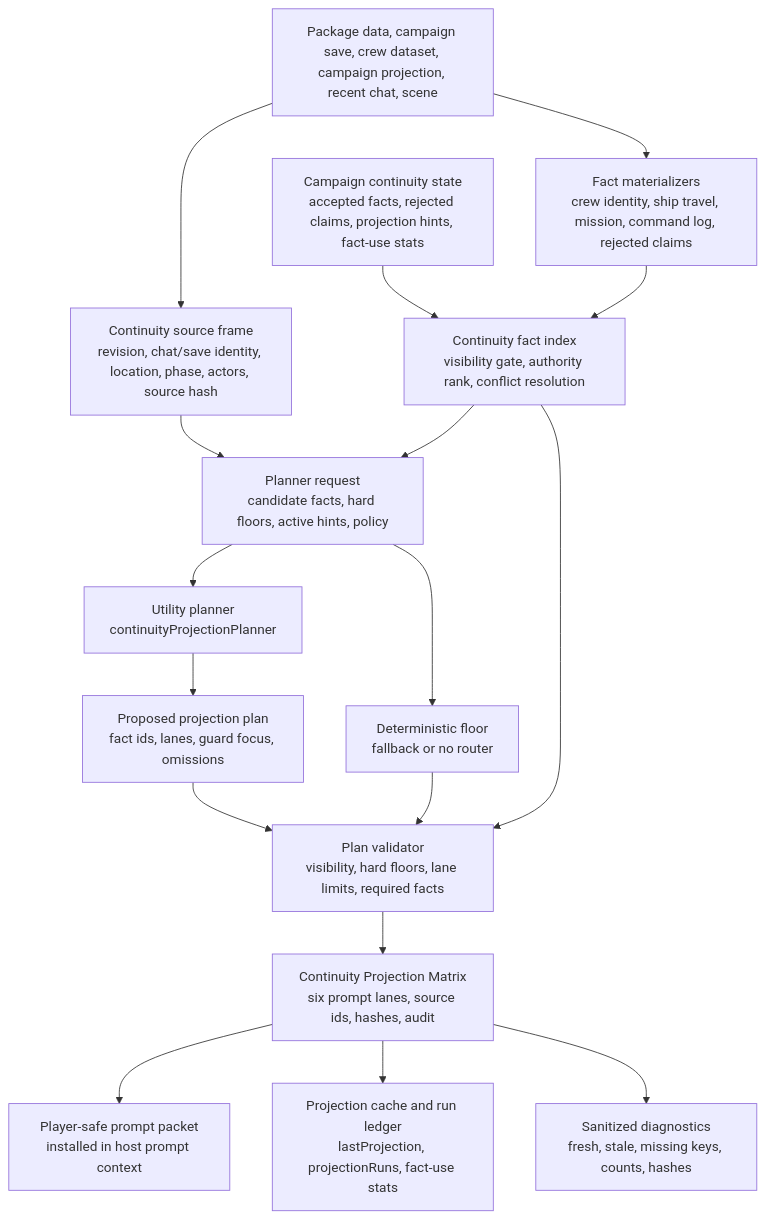
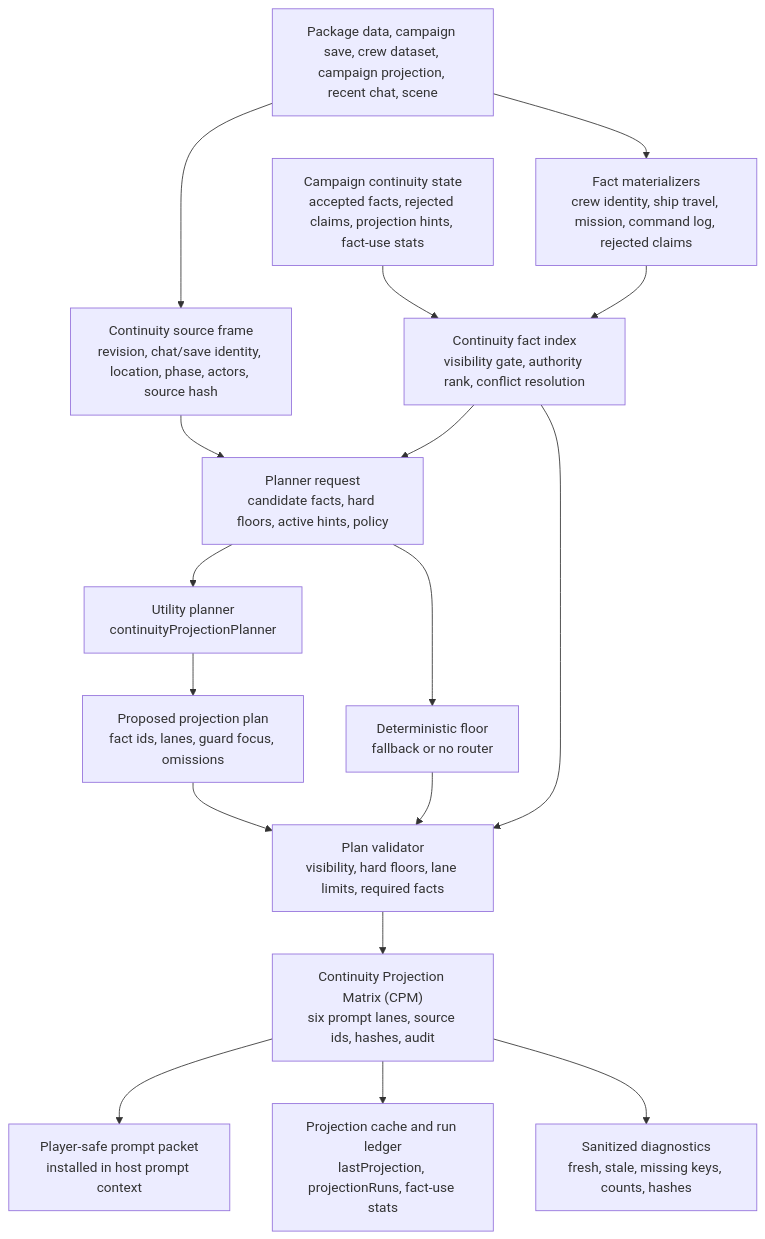
One commit to MentallyQuill/Directive changed the first of 3 diagrams in docs/technical/CONTINUITY_PROJECTION_MATRIX.md. Above: the diagram before and after it, drawn with Mermaid. The commit also changed other lines of this file and 58 other files, not shown here.

````diff
--- a/docs/technical/CONTINUITY_PROJECTION_MATRIX.md
+++ b/docs/technical/CONTINUITY_PROJECTION_MATRIX.md
@@ -43,21 +43,21 @@
 ```mermaid
 flowchart TB
   Source["Package data, campaign save, crew dataset, campaign projection, recent chat, scene"] --> Frame["Continuity source frame\nrevision, chat/save identity, location, phase, actors, source hash"]
   Source --> Materializers["Fact materializers\ncrew identity, ship travel, mission, command log, rejected claims"]
   StateFacts["Campaign continuity state\naccepted facts, rejected claims, projection hints, fact-use stats"] --> FactIndex["Continuity fact index\nvisibility gate, authority rank, conflict resolution"]
   Materializers --> FactIndex
 
   Frame --> PlannerRequest["Planner request\ncandidate facts, hard floors, active hints, policy"]
   FactIndex --> PlannerRequest
   PlannerRequest --> UtilityPlanner["Utility planner\ncontinuityProjectionPlanner"]
   UtilityPlanner --> Plan["Proposed projection plan\nfact ids, lanes, guard focus, omissions"]
   PlannerRequest --> DeterministicFloor["Deterministic floor\nfallback or no router"]
   Plan --> Validator["Plan validator\nvisibility, hard floors, lane limits, required facts"]
   DeterministicFloor --> Validator
   FactIndex --> Validator
 
-  Validator --> Matrix["Continuity Projection Matrix\nsix prompt lanes, source ids, hashes, audit"]
+  Validator --> Matrix["Continuity Projection Matrix (CPM)\nsix prompt lanes, source ids, hashes, audit"]
   Matrix --> Prompt["Player-safe prompt packet\ninstalled in host prompt context"]
   Matrix --> Cache["Projection cache and run ledger\nlastProjection, projectionRuns, fact-use stats"]
   Matrix --> Diagnostics["Sanitized diagnostics\nfresh, stale, missing keys, counts, hashes"]
 ```
````
